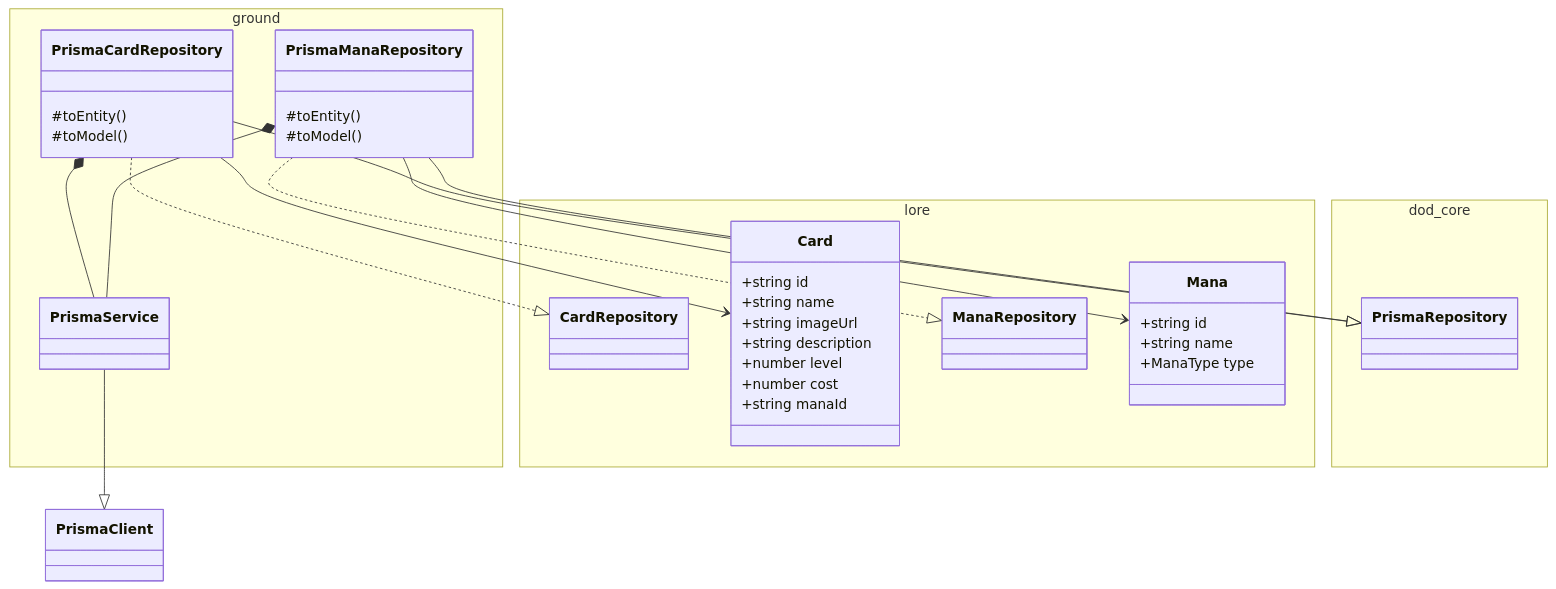
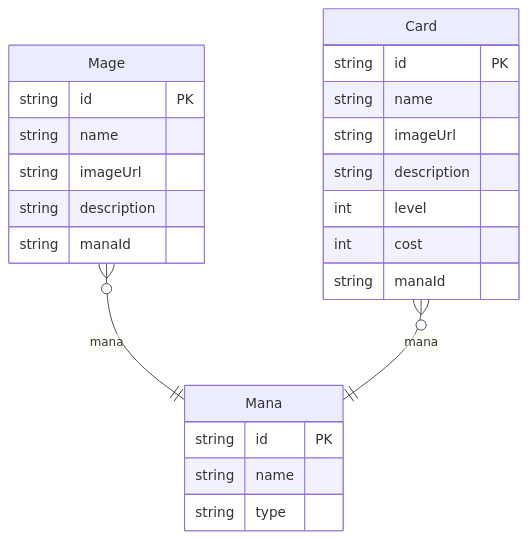
The second of 2 diagrams in realms/codex/README.md (pslotinsky/decay-of-magic), drawn with Mermaid before and after one commit. The commit also changed other lines of this file and 14 other files, not shown here.

````diff
--- a/realms/codex/README.md
+++ b/realms/codex/README.md
@@ -112,45 +112,26 @@
 ```mermaid
-classDiagram
-  namespace ground {
-    class PrismaService
-    class PrismaCardRepository {
-      #toEntity()
-      #toModel()
-    }
-    class PrismaManaRepository {
-      #toEntity()
-      #toModel()
-    }
+erDiagram
+  Mana {
+    string id PK
+    string name
+    string type
   }
-  namespace lore {
-    class CardRepository
-    class Card {
-      +string id
-      +string name
-      +string imageUrl
-      +string description
-      +number level
-      +number cost
-      +string manaId
-    }
-    class ManaRepository
-    class Mana {
-      +string id
-      +string name
-      +ManaType type
-    }
+  Mage {
+    string id PK
+    string name
+    string imageUrl
+    string description
+    string manaId
   }
-  namespace dod_core {
-    class PrismaRepository
+  Card {
+    string id PK
+    string name
+    string imageUrl
+    string description
+    int level
+    int cost
+    string manaId
   }
-
-  PrismaService --|> PrismaClient
-  PrismaCardRepository --|> PrismaRepository
-  PrismaCardRepository ..|> CardRepository
-  PrismaCardRepository *-- PrismaService
-  PrismaCardRepository --> Card
-  PrismaManaRepository --|> PrismaRepository
-  PrismaManaRepository ..|> ManaRepository
-  PrismaManaRepository *-- PrismaService
-  PrismaManaRepository --> Mana
+  Mage }o--|| Mana : mana
+  Card }o--|| Mana : mana
 ```
````
